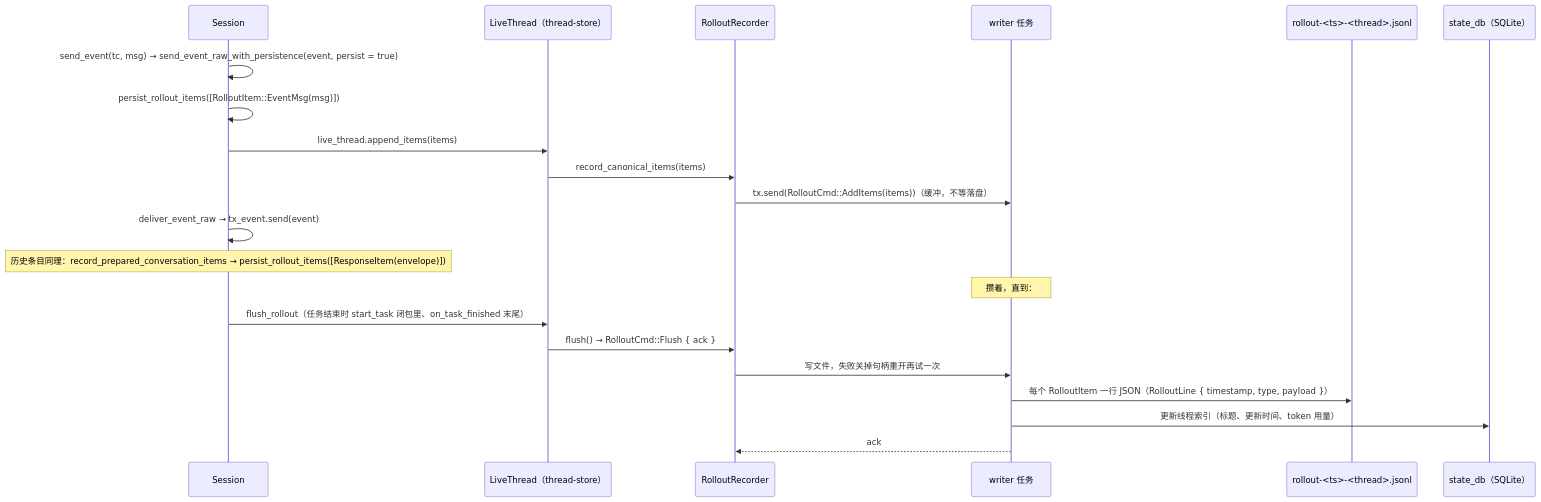
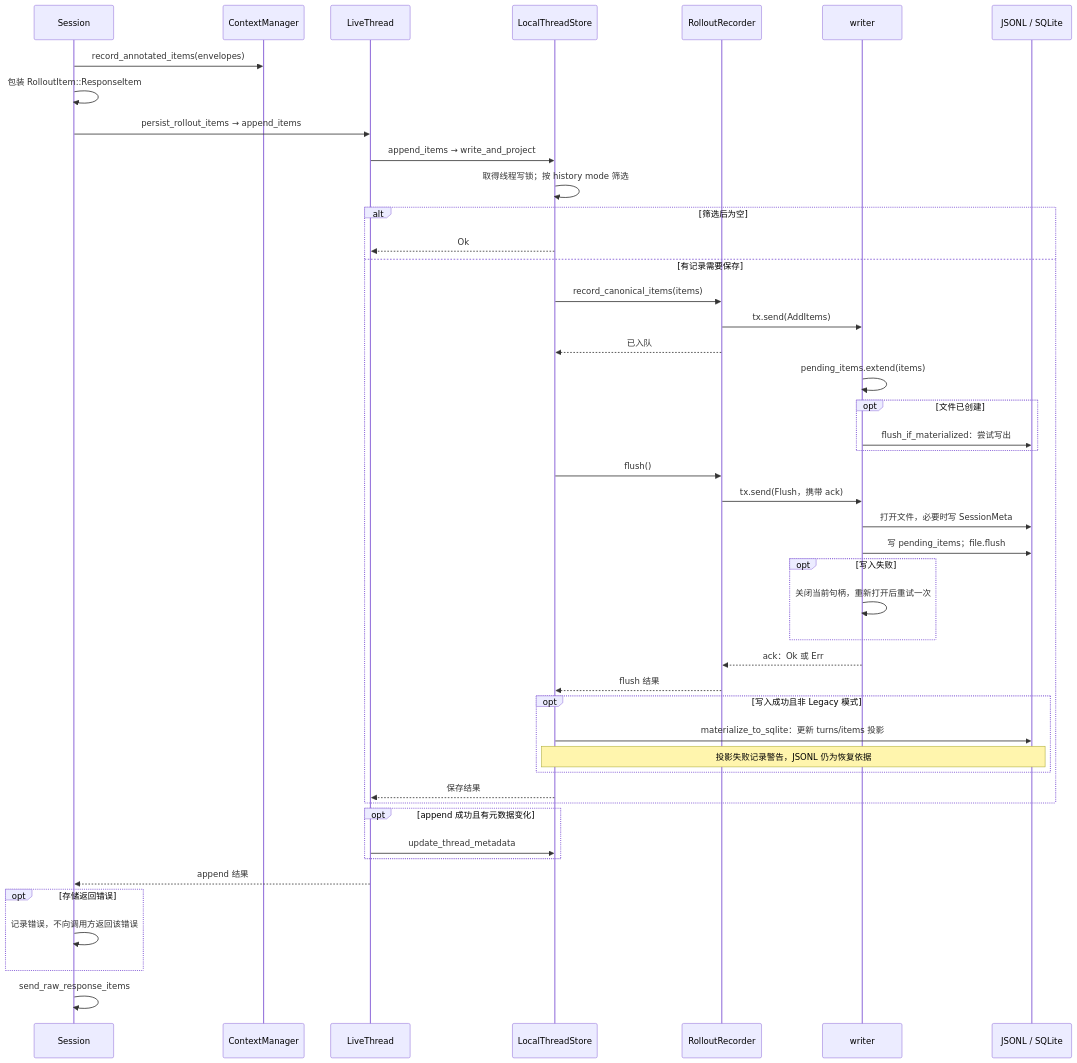
Diagram 29 of 32 in src/content/post/agents-codex/index.md (nickqiaoo/nickqiaoo.github.io), drawn with Mermaid before and after one commit. The commit also changed other lines of this file and 2 other files, not shown here.

````diff
--- a/src/content/post/agents-codex/index.md
+++ b/src/content/post/agents-codex/index.md
@@ -1909,24 +2146,49 @@
 ```mermaid
 sequenceDiagram
   participant S as Session
-  participant LT as LiveThread（thread-store）
-  participant RR as RolloutRecorder
-  participant W as writer 任务
-  participant F as rollout-<ts>-<thread>.jsonl
-  participant DB as state_db（SQLite）
+  participant H as ContextManager
+  participant L as LiveThread
+  participant T as LocalThreadStore
+  participant R as RolloutRecorder
+  participant W as writer
+  participant F as JSONL / SQLite
 
-  S->>S: send_event(tc, msg) → send_event_raw_with_persistence(event, persist = true)
-  S->>S: persist_rollout_items([RolloutItem::EventMsg(msg)])
-  S->>LT: live_thread.append_items(items)
-  LT->>RR: record_canonical_items(items)
-  RR->>W: tx.send(RolloutCmd::AddItems(items))（缓冲，不等落盘）
-  S->>S: deliver_event_raw → tx_event.send(event)
-  Note over S: 历史条目同理：record_prepared_conversation_items → persist_rollout_items([ResponseItem(envelope)])
-  Note over W: 攒着，直到：
-  S->>LT: flush_rollout（任务结束时 start_task 闭包里、on_task_finished 末尾）
-  LT->>RR: flush() → RolloutCmd::Flush { ack }
-  RR->>W: 写文件，失败关掉句柄重开再试一次
-  W->>F: 每个 RolloutItem 一行 JSON（RolloutLine { timestamp, type, payload }）
-  W->>DB: 更新线程索引（标题、更新时间、token 用量）
-  W-->>RR: ack
+  S->>H: record_annotated_items(envelopes)
+  S->>S: 包装 RolloutItem::ResponseItem
+  S->>L: persist_rollout_items → append_items
+  L->>T: append_items → write_and_project
+  T->>T: 取得线程写锁；按 history mode 筛选
+  alt 筛选后为空
+    T-->>L: Ok
+  else 有记录需要保存
+    T->>R: record_canonical_items(items)
+    R->>W: tx.send(AddItems)
+    R-->>T: 已入队
+    W->>W: pending_items.extend(items)
+    opt 文件已创建
+      W->>F: flush_if_materialized：尝试写出
+    end
+    T->>R: flush()
+    R->>W: tx.send(Flush，携带 ack)
+    W->>F: 打开文件，必要时写 SessionMeta
+    W->>F: 写 pending_items；file.flush
+    opt 写入失败
+      W->>W: 关闭当前句柄，重新打开后重试一次
+    end
+    W-->>R: ack：Ok 或 Err
+    R-->>T: flush 结果
+    opt 写入成功且非 Legacy 模式
+      T->>F: materialize_to_sqlite：更新 turns/items 投影
+      Note over T,F: 投影失败记录警告，JSONL 仍为恢复依据
+    end
+    T-->>L: 保存结果
+  end
+  opt append 成功且有元数据变化
+    L->>T: update_thread_metadata
+  end
+  L-->>S: append 结果
+  opt 存储返回错误
+    S->>S: 记录错误，不向调用方返回该错误
+  end
+  S->>S: send_raw_response_items
 ```
````
